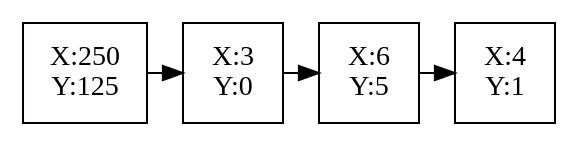
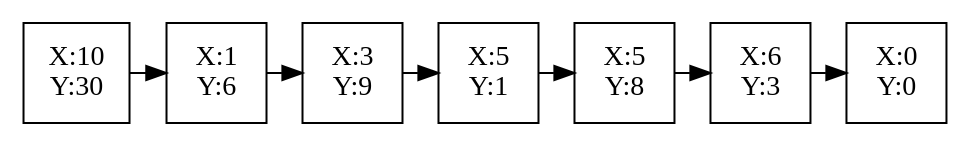
The diagram in Fase_1/Reportes/ColaTurorial.dot (davidjr01/-EDD_2S-BatallaNaval_-201801106), drawn with Graphviz before and after one commit. The commit also changed 25 other files, not shown here.

```diff
--- a/Fase_1/Reportes/ColaTurorial.dot
+++ b/Fase_1/Reportes/ColaTurorial.dot
@@ -1,15 +1,21 @@
 digraph G {
 node[shape = box,width=0.7,height=0.7,fillcolor="white" color="black"  ]
 {rank=same;
 
-Nodos1[label=" X:250
-Y:125"]
-Nodos2[label=" X:3
+Nodos1[label=" X:10
+Y:30"]
+Nodos2[label=" X:1
+Y:6"]
+Nodos3[label=" X:3
+Y:9"]
+Nodos4[label=" X:5
+Y:1"]
+Nodos5[label=" X:5
+Y:8"]
+Nodos6[label=" X:6
+Y:3"]
+Nodos7[label=" X:0
 Y:0"]
-Nodos3[label=" X:6
-Y:5"]
-Nodos4[label=" X:4
-Y:1"]
-Nodos1->Nodos2->Nodos3->Nodos4
+Nodos1->Nodos2->Nodos3->Nodos4->Nodos5->Nodos6->Nodos7
 }
  }
```
